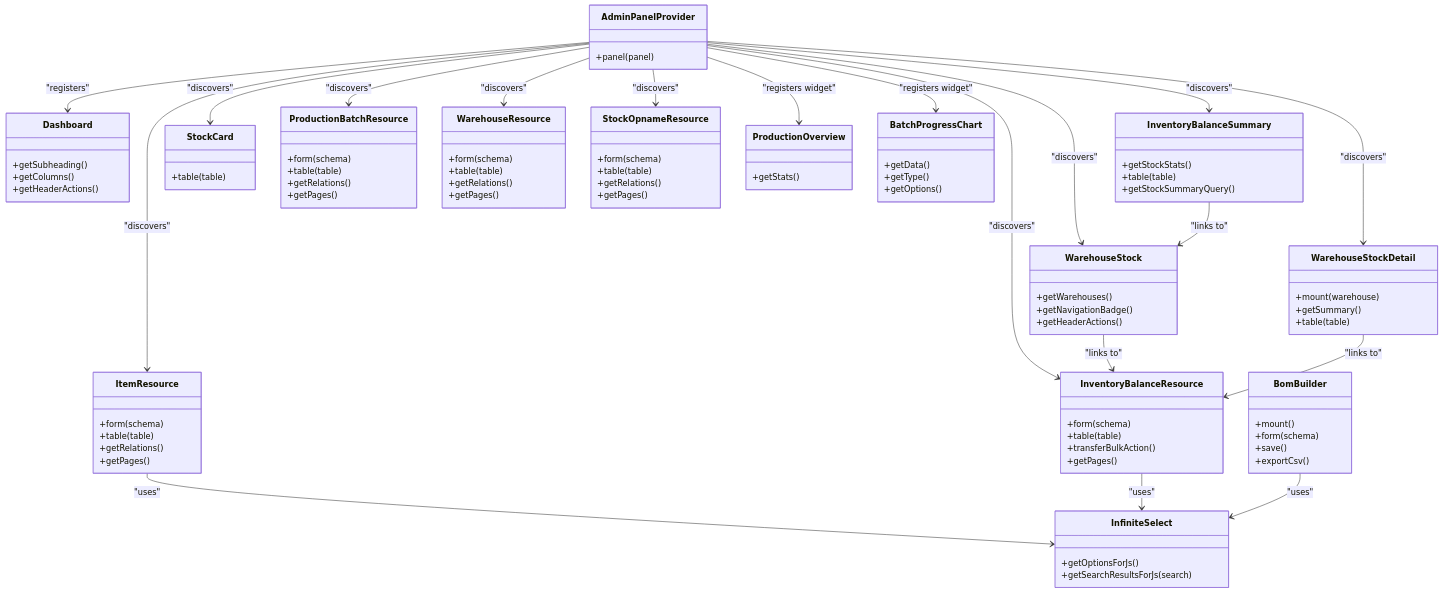
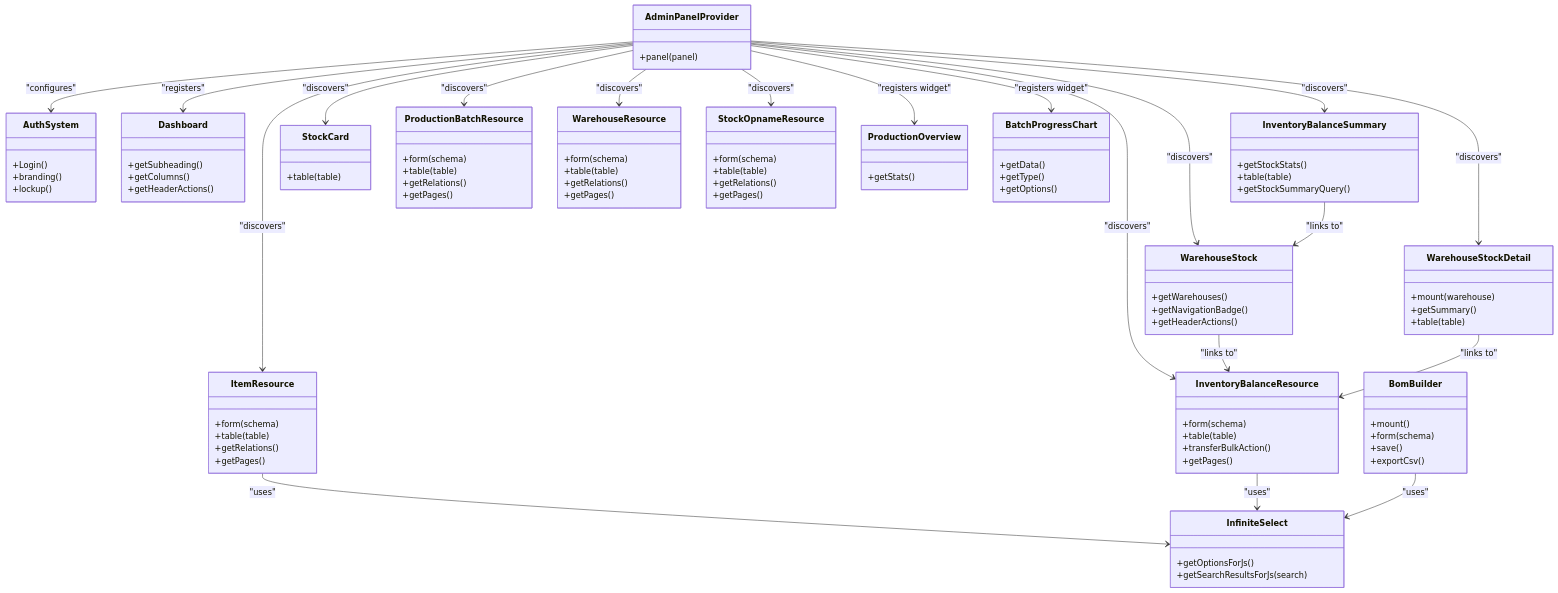
Before and after one commit to Dikksap/laravel_RsvHelmet: the second of 18 diagrams in .qoder/repowiki/en/content/Filament Admin Panel/Filament Admin Panel.md, drawn with Mermaid. The commit also changed other lines of this file and 2 other files, not shown here.

```diff
--- a/.qoder/repowiki/en/content/Filament Admin Panel/Filament Admin Panel.md
+++ b/.qoder/repowiki/en/content/Filament Admin Panel/Filament Admin Panel.md
@@ -126,6 +133,11 @@
 classDiagram
 class AdminPanelProvider {
 +panel(panel)
+}
+class AuthSystem {
++Login()
++branding()
++lockup()
 }
 class Dashboard {
 +getSubheading()
@@ -199,6 +211,7 @@
 +exportCsv()
 }
 AdminPanelProvider --> Dashboard : "registers"
+AdminPanelProvider --> AuthSystem : "configures"
 AdminPanelProvider --> WarehouseStock : "discovers"
 AdminPanelProvider --> WarehouseStockDetail : "discovers"
 AdminPanelProvider --> InventoryBalanceSummary : "discovers"
```
